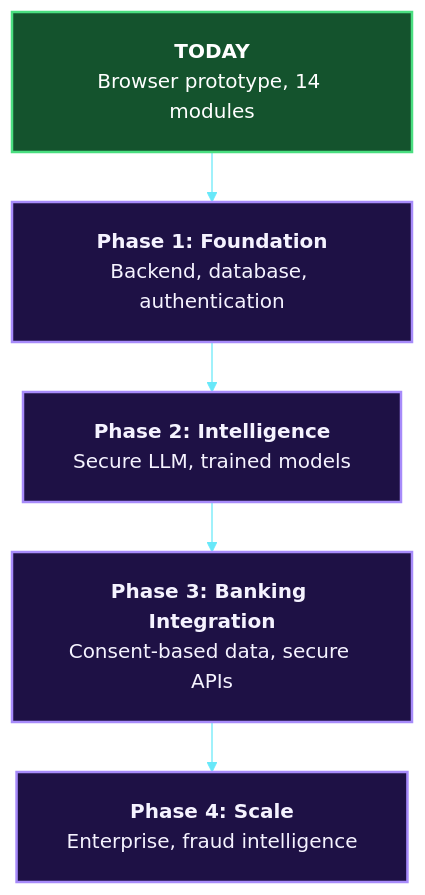
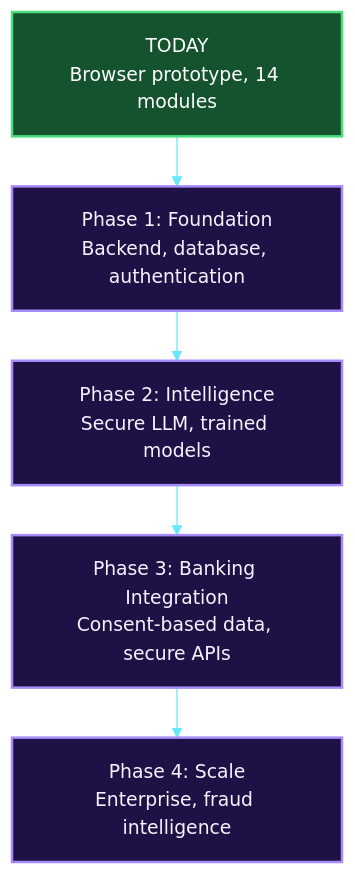
Before and after one commit to Mansi232323/MANSHORA: diagram 17 of 17 in README.md, drawn with Mermaid. The commit also changed other lines of this file, not shown here.

````diff
--- a/README.md
+++ b/README.md
@@ -538,14 +711,14 @@
 ```mermaid
-%%{init: {'theme':'base','themeVariables':{'fontSize':'16px','fontFamily':'Arial, Helvetica, sans-serif','lineColor':'#67e8f9'},'flowchart':{'htmlLabels':true,'nodeSpacing':30,'rankSpacing':40,'padding':20,'wrappingWidth':240}}}%%
+%%{init: {'theme':'base','themeVariables':{'fontSize':'15px','fontFamily':'Arial, Helvetica, sans-serif','primaryColor':'#1e1145','primaryTextColor':'#f5f3ff','primaryBorderColor':'#a78bfa','lineColor':'#67e8f9','textColor':'#f5f3ff','edgeLabelBackground':'#1e1145'},'flowchart':{'htmlLabels':true,'nodeSpacing':30,'rankSpacing':40,'padding':16,'curve':'linear'}}}%%
 flowchart TB
-    P0["<b>TODAY</b><br/>Browser prototype, 14 modules"]
-    P1["<b>Phase 1: Foundation</b><br/>Backend, database, authentication"]
-    P2["<b>Phase 2: Intelligence</b><br/>Secure LLM, trained models"]
-    P3["<b>Phase 3: Banking Integration</b><br/>Consent-based data, secure APIs"]
-    P4["<b>Phase 4: Scale</b><br/>Enterprise, fraud intelligence"]
+    P0["TODAY<br/>Browser prototype, 14 modules"]
+    P1["Phase 1: Foundation<br/>Backend, database, authentication"]
+    P2["Phase 2: Intelligence<br/>Secure LLM, trained models"]
+    P3["Phase 3: Banking Integration<br/>Consent-based data, secure APIs"]
+    P4["Phase 4: Scale<br/>Enterprise, fraud intelligence"]
     P0 --> P1 --> P2 --> P3 --> P4
     classDef done fill:#14532d,stroke:#4ade80,stroke-width:2px,color:#ffffff
     classDef next fill:#1e1145,stroke:#a78bfa,stroke-width:2px,color:#f5f3ff
     class P0 done
     class P1,P2,P3,P4 next
 ```
````
